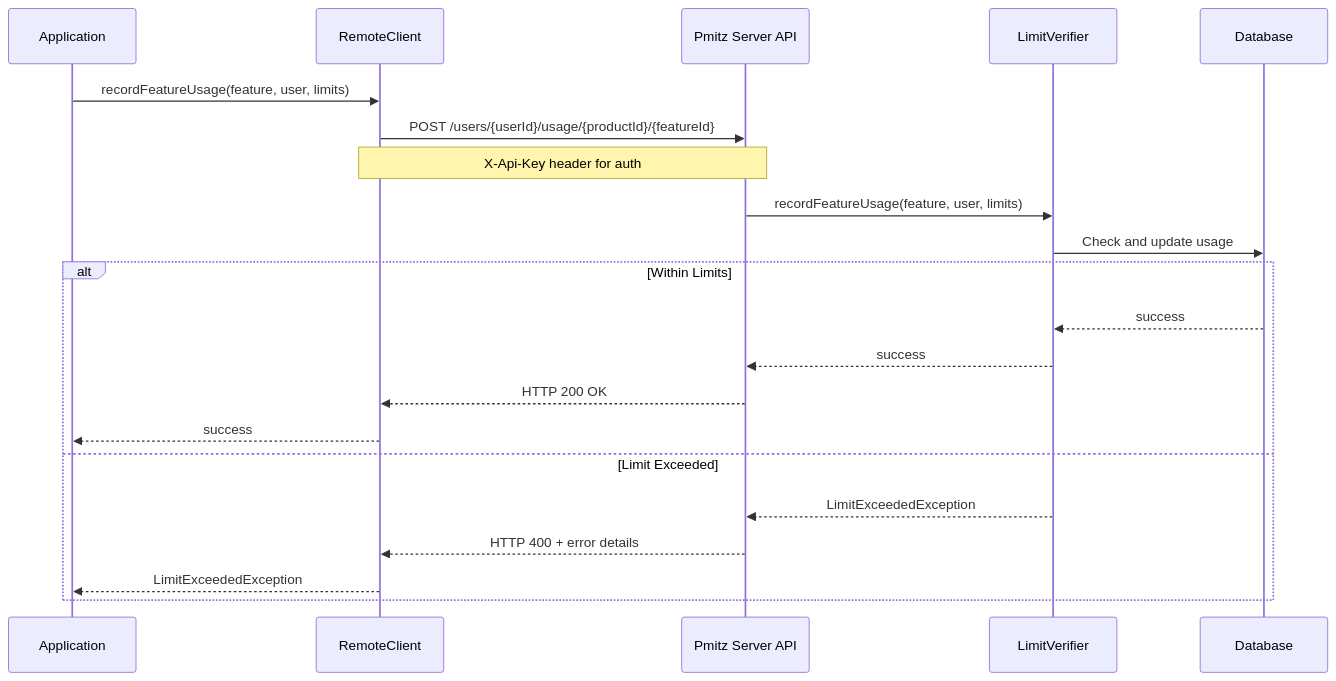
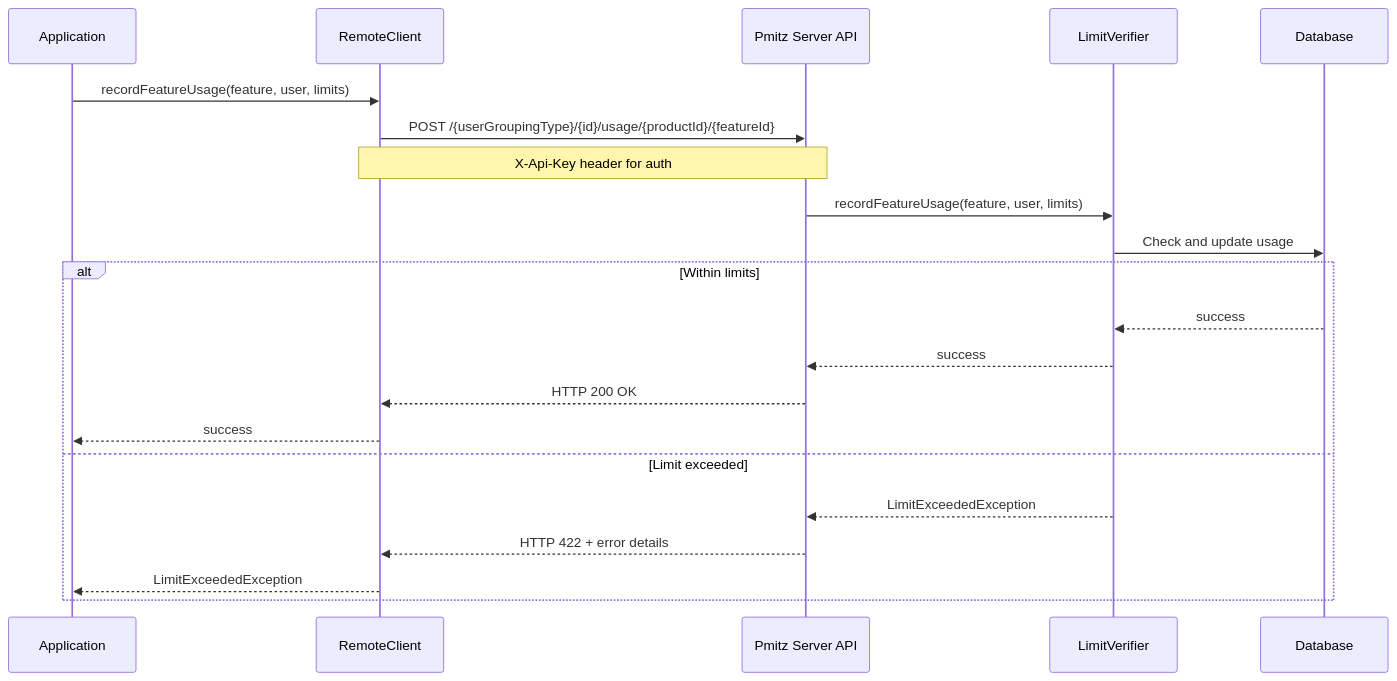
The fourth of 4 diagrams in docs/local-vs-remote-modes.md (terpomo-io/pmitz), drawn with Mermaid before and after one commit. The commit also changed other lines of this file and 2 other files, not shown here.

First line of the commit message:
Trim docs/local-vs-remote-modes.md and cross-link with User Guide

````diff
--- a/docs/local-vs-remote-modes.md
+++ b/docs/local-vs-remote-modes.md
@@ -142,24 +99,24 @@
 ```mermaid
 sequenceDiagram
     participant App as Application
     participant RC as RemoteClient
     participant API as Pmitz Server API
     participant LV as LimitVerifier
     participant DB as Database
 
     App->>RC: recordFeatureUsage(feature, user, limits)
-    RC->>API: POST /users/{userId}/usage/{productId}/{featureId}
+    RC->>API: POST /{userGroupingType}/{id}/usage/{productId}/{featureId}
     Note over RC,API: X-Api-Key header for auth
     API->>LV: recordFeatureUsage(feature, user, limits)
     LV->>DB: Check and update usage
-    alt Within Limits
+    alt Within limits
         DB-->>LV: success
         LV-->>API: success
         API-->>RC: HTTP 200 OK
         RC-->>App: success
-    else Limit Exceeded
+    else Limit exceeded
         LV-->>API: LimitExceededException
-        API-->>RC: HTTP 400 + error details
+        API-->>RC: HTTP 422 + error details
         RC-->>App: LimitExceededException
     end
 ```
````
